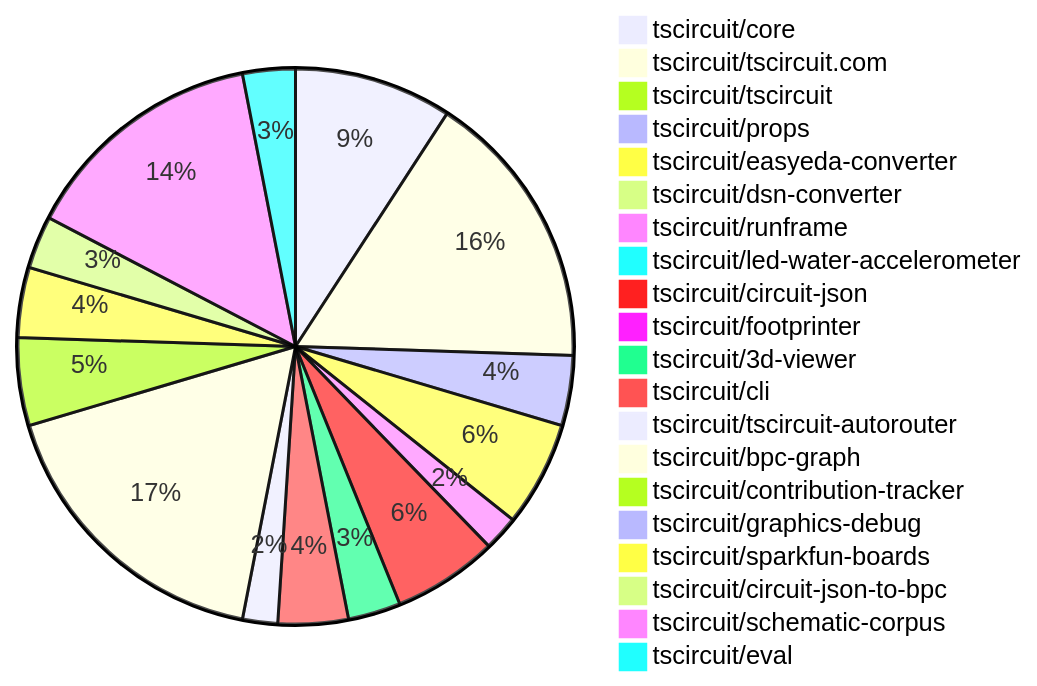
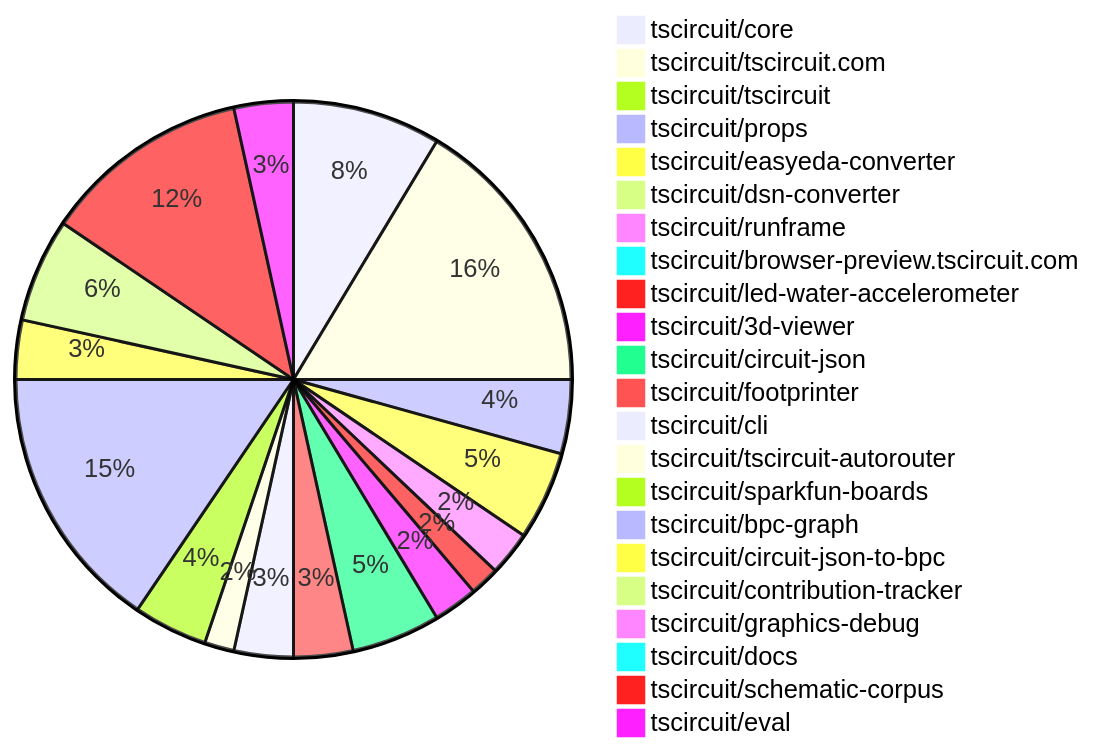
Before and after one commit to tscircuit/contribution-tracker: the first of 2 diagrams in README.md, drawn with Mermaid. The commit also changed other lines of this file and 3 other files, not shown here.

````diff
--- a/README.md
+++ b/README.md
@@ -29,23 +29,25 @@
 ```mermaid
 pie
-    "tscircuit/core" : 9
-    "tscircuit/tscircuit.com" : 16
+    "tscircuit/core" : 10
+    "tscircuit/tscircuit.com" : 19
     "tscircuit/tscircuit" : 1
-    "tscircuit/props" : 4
+    "tscircuit/props" : 5
     "tscircuit/easyeda-converter" : 6
     "tscircuit/dsn-converter" : 1
-    "tscircuit/runframe" : 2
-    "tscircuit/led-water-accelerometer" : 1
+    "tscircuit/runframe" : 3
+    "tscircuit/browser-preview.tscircuit.com" : 1
+    "tscircuit/led-water-accelerometer" : 2
+    "tscircuit/3d-viewer" : 3
     "tscircuit/circuit-json" : 6
-    "tscircuit/footprinter" : 1
-    "tscircuit/3d-viewer" : 3
+    "tscircuit/footprinter" : 4
     "tscircuit/cli" : 4
     "tscircuit/tscircuit-autorouter" : 2
-    "tscircuit/bpc-graph" : 17
-    "tscircuit/contribution-tracker" : 5
+    "tscircuit/sparkfun-boards" : 5
+    "tscircuit/bpc-graph" : 18
+    "tscircuit/circuit-json-to-bpc" : 4
+    "tscircuit/contribution-tracker" : 7
     "tscircuit/graphics-debug" : 1
-    "tscircuit/sparkfun-boards" : 4
-    "tscircuit/circuit-json-to-bpc" : 3
+    "tscircuit/docs" : 1
     "tscircuit/schematic-corpus" : 14
-    "tscircuit/eval" : 3
+    "tscircuit/eval" : 4
 ```
````
